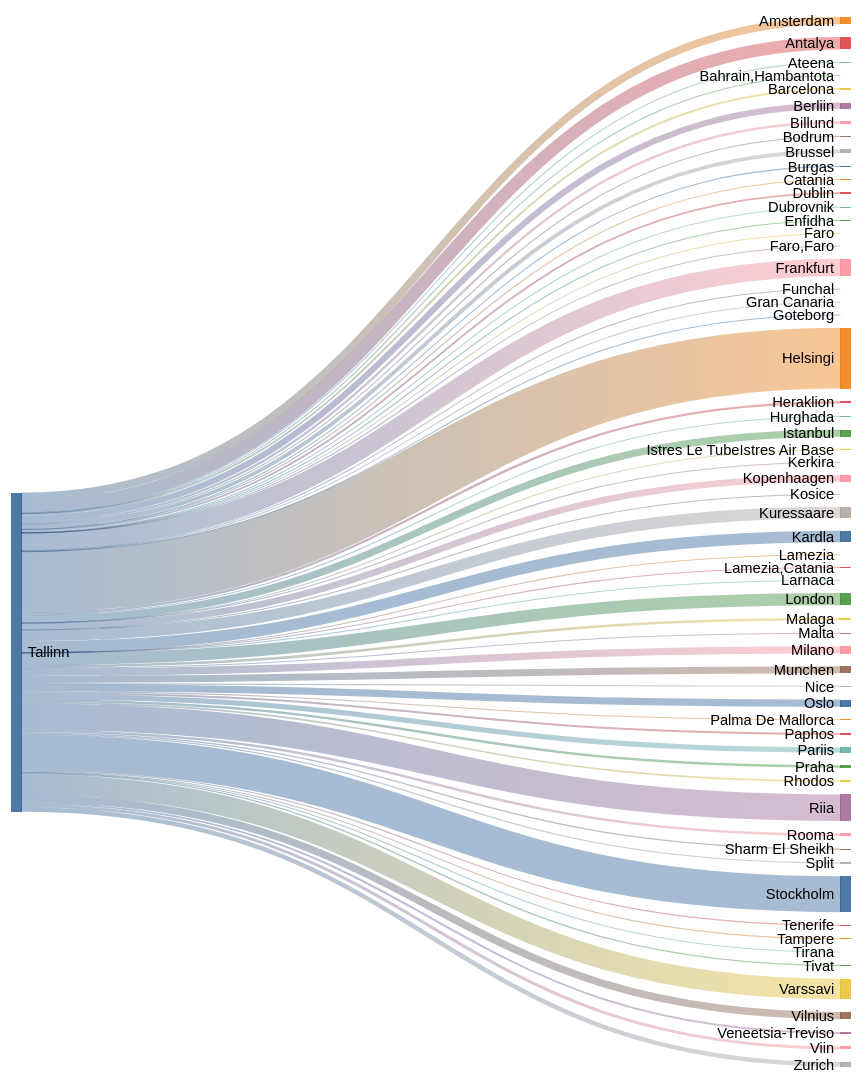
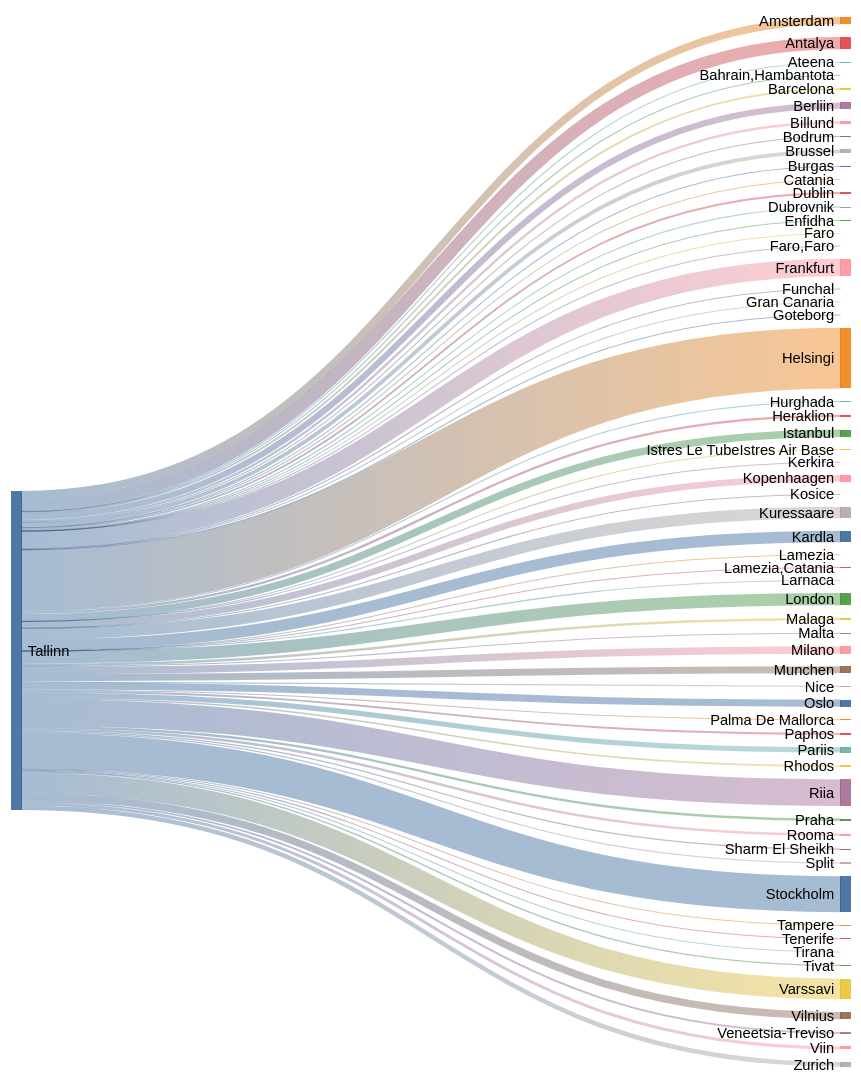
Before and after one commit to rainermesi/tll-airport-departures: the second of 2 diagrams in README.md, drawn with Mermaid (neutral theme). The commit also changed other lines of this file, not shown here.

````diff
--- a/README.md
+++ b/README.md
@@ -34,72 +34,72 @@
 ```mermaid
 ---
 config:
   sankey:
     showValues: false
     width: 800
     height: 1000
 ---
 sankey-beta
 %% source,target,value
-Tallinn,Amsterdam,155
+Tallinn,Amsterdam,156
 Tallinn,Antalya,253
 Tallinn,Ateena,16
 Tallinn,"Bahrain,Hambantota",1
 Tallinn,Barcelona,39
-Tallinn,Berliin,125
+Tallinn,Berliin,126
 Tallinn,Billund,49
 Tallinn,Bodrum,11
 Tallinn,Brussel,77
 Tallinn,Burgas,21
 Tallinn,Catania,2
-Tallinn,Dublin,38
+Tallinn,Dublin,39
 Tallinn,Dubrovnik,21
 Tallinn,Enfidha,7
 Tallinn,Faro,4
 Tallinn,"Faro,Faro",1
-Tallinn,Frankfurt,358
+Tallinn,Frankfurt,360
 Tallinn,Funchal,5
 Tallinn,Gran Canaria,14
 Tallinn,Goteborg,1
-Tallinn,Helsingi,1235
+Tallinn,Helsingi,1241
 Tallinn,Heraklion,46
-Tallinn,Hurghada,19
-Tallinn,Istanbul,148
+Tallinn,Hurghada,21
+Tallinn,Istanbul,149
 Tallinn,Istres Le TubeIstres Air Base,2
 Tallinn,Kerkira,4
 Tallinn,Kopenhaagen,135
 Tallinn,Kosice,1
-Tallinn,Kuressaare,231
-Tallinn,Kardla,231
+Tallinn,Kuressaare,232
+Tallinn,Kardla,232
 Tallinn,Lamezia,1
 Tallinn,"Lamezia,Catania",3
 Tallinn,Larnaca,4
-Tallinn,London,247
+Tallinn,London,249
 Tallinn,Malaga,51
 Tallinn,Malta,15
-Tallinn,Milano,150
-Tallinn,Munchen,141
+Tallinn,Milano,151
+Tallinn,Munchen,142
 Tallinn,Nice,25
 Tallinn,Oslo,146
 Tallinn,Palma De Mallorca,19
 Tallinn,Paphos,38
 Tallinn,Pariis,107
 Tallinn,Praha,49
 Tallinn,Rhodos,32
-Tallinn,Riia,537
+Tallinn,Riia,541
 Tallinn,Rooma,51
 Tallinn,Sharm El Sheikh,25
 Tallinn,Split,25
-Tallinn,Stockholm,729
+Tallinn,Stockholm,732
 Tallinn,Tampere,17
 Tallinn,Tenerife,21
 Tallinn,Tirana,8
 Tallinn,Tivat,26
-Tallinn,Varssavi,418
+Tallinn,Varssavi,421
 Tallinn,Veneetsia-Treviso,39
-Tallinn,Viin,61
+Tallinn,Viin,62
 Tallinn,Vilnius,151
-Tallinn,Zurich,93
+Tallinn,Zurich,94
 
 
 ```
````
